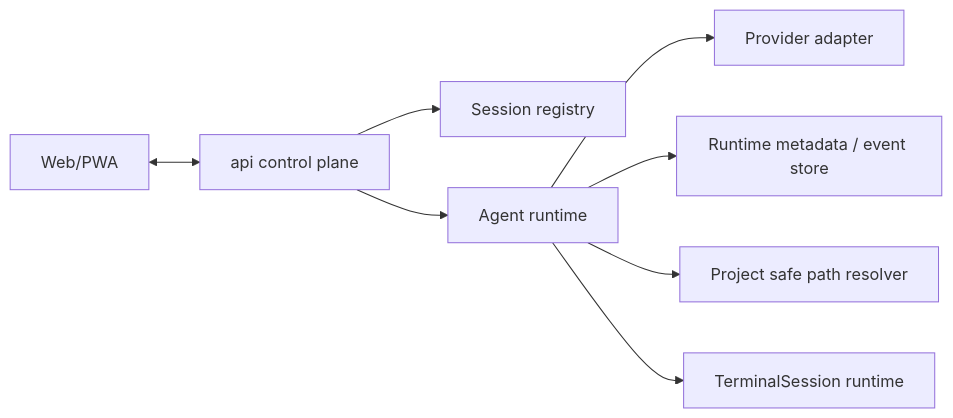
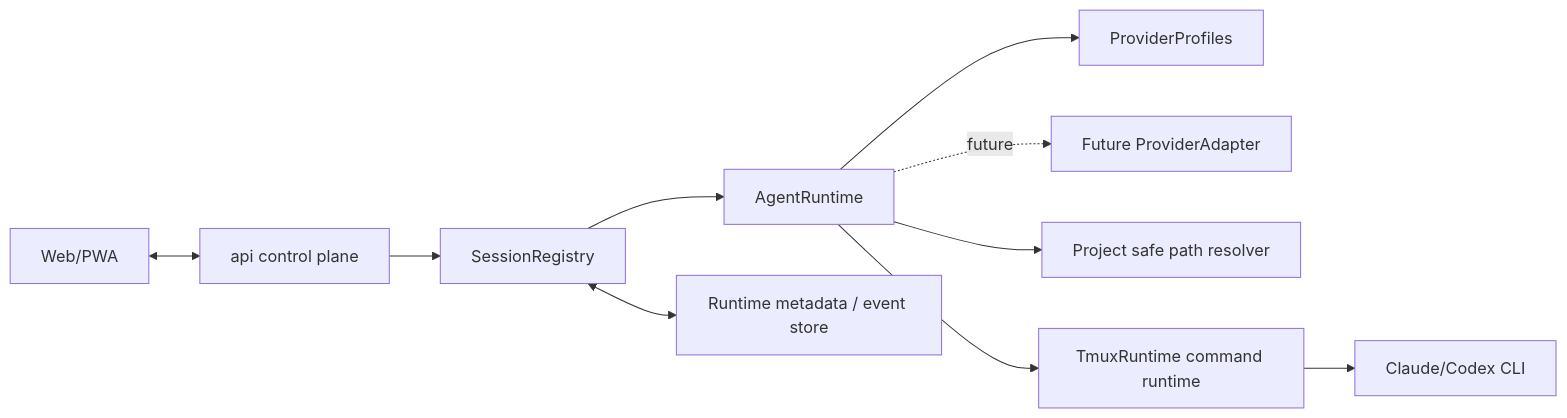
The diagram in docs/architecture/agent-runtime.md (BanKnight/agents-remote), drawn with Mermaid before and after one commit. The commit also changed other lines of this file and 22 other files, not shown here.

First line of the commit message:
Implement agent provider runtime seam

````diff
--- a/docs/architecture/agent-runtime.md
+++ b/docs/architecture/agent-runtime.md
@@ -30,19 +35,23 @@
 ```mermaid
 flowchart LR
   Web[Web/PWA]
   API[api control plane]
-  Registry[Session registry]
-  Runtime[Agent runtime]
-  Provider[Provider adapter]
+  Registry[SessionRegistry]
+  AgentRuntime[AgentRuntime]
+  Profiles[ProviderProfiles]
+  Provider[Future ProviderAdapter]
   Store[Runtime metadata / event store]
   Project[Project safe path resolver]
-  Terminal[TerminalSession runtime]
+  Tmux[TmuxRuntime command runtime]
+  ProviderCLI[Claude/Codex CLI]
 
   Web <--> API
   API --> Registry
-  API --> Runtime
-  Runtime --> Provider
-  Runtime --> Store
-  Runtime --> Project
-  Runtime --> Terminal
+  Registry <--> Store
+  Registry --> AgentRuntime
+  AgentRuntime --> Profiles
+  AgentRuntime -.future.-> Provider
+  AgentRuntime --> Tmux
+  Tmux --> ProviderCLI
+  AgentRuntime --> Project
 ```
````
